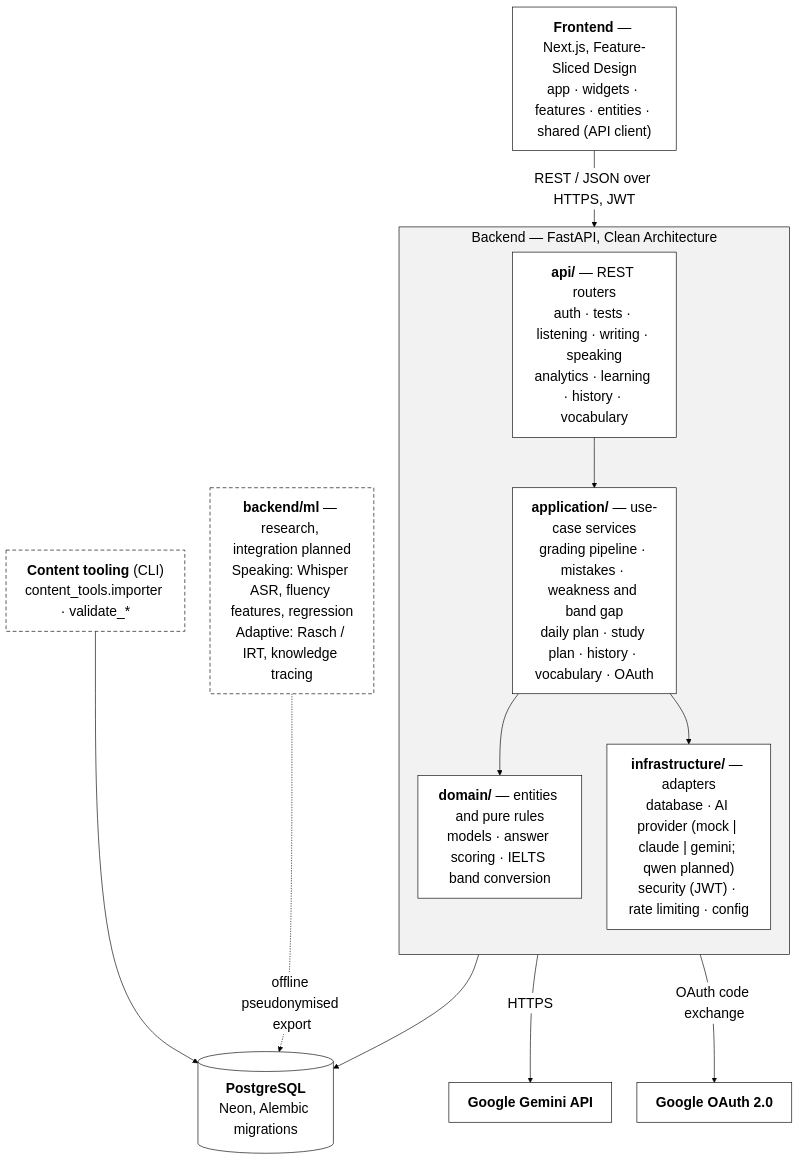
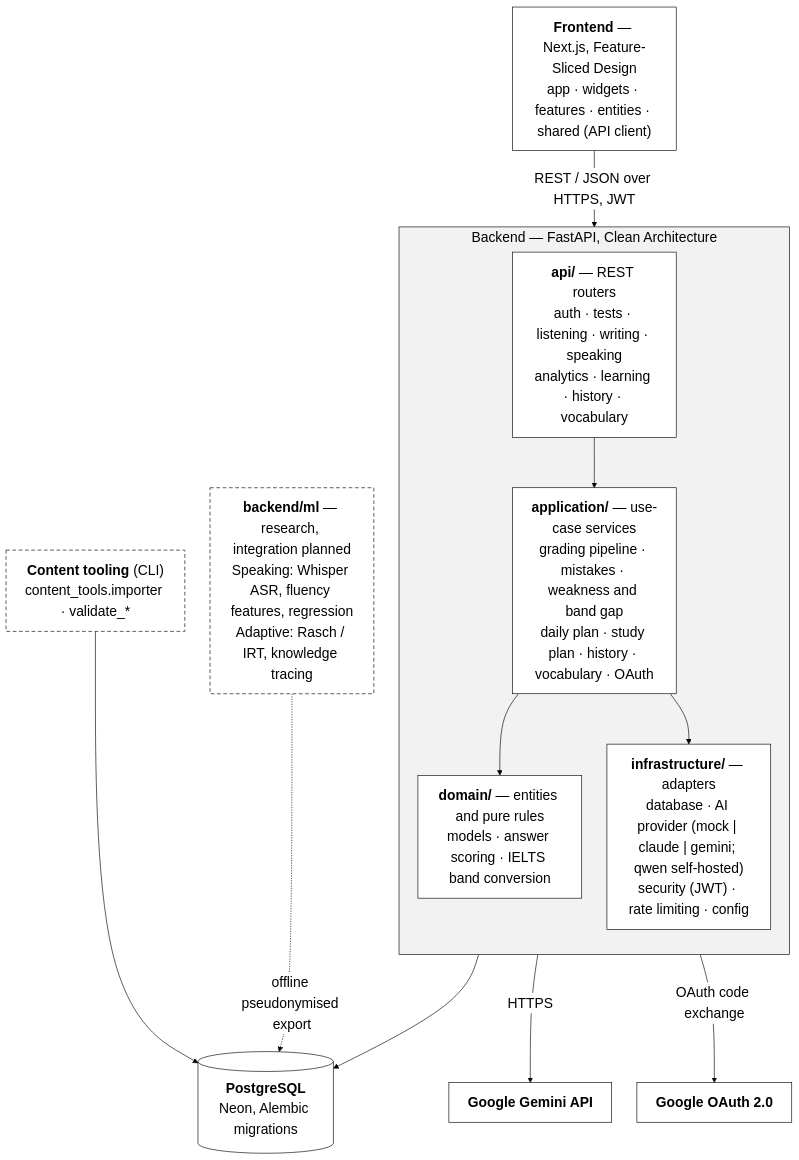
The diagram in docs/diagrams/component.mmd (RakhatBalga/Testora), drawn with Mermaid before and after one commit. The commit also changed 10 other files, not shown here.

First line of the commit message:
docs: describe the implemented Qwen provider and FR-6 snippet check, refresh counts

```diff
--- a/docs/diagrams/component.mmd
+++ b/docs/diagrams/component.mmd
@@ -1,34 +1,34 @@
 %% Testora: Component diagram (draft)
 %% Names verified against frontend/src and backend/app in RakhatBalga/Testora@main.
 %% Arrows = "depends on / calls". Dependencies point inward (api -> application -> domain);
 %% infrastructure implements the adapters. Full module lists: docs/07-architecture.md, section 7.4.
 %%{init: {"theme": "base", "themeVariables": {"fontSize": "22px", "fontFamily": "Times New Roman, serif", "primaryColor": "#ffffff", "primaryBorderColor": "#000000", "primaryTextColor": "#000000", "lineColor": "#000000", "clusterBkg": "#f2f2f2", "clusterBorder": "#000000"}, "flowchart": {"nodeSpacing": 40, "rankSpacing": 55}}}%%
 flowchart TB
     FE["<b>Frontend</b> — Next.js, Feature-Sliced Design<br/>app · widgets · features · entities · shared (API client)"]
 
     subgraph BE["Backend — FastAPI, Clean Architecture"]
         direction TB
         API["<b>api/</b> — REST routers<br/>auth · tests · listening · writing · speaking<br/>analytics · learning · history · vocabulary"]
         APP["<b>application/</b> — use-case services<br/>grading pipeline · mistakes · weakness and band gap<br/>daily plan · study plan · history · vocabulary · OAuth"]
         DOM["<b>domain/</b> — entities and pure rules<br/>models · answer scoring · IELTS band conversion"]
-        INF["<b>infrastructure/</b> — adapters<br/>database · AI provider (mock | claude | gemini; qwen planned)<br/>security (JWT) · rate limiting · config"]
+        INF["<b>infrastructure/</b> — adapters<br/>database · AI provider (mock | claude | gemini; qwen self-hosted)<br/>security (JWT) · rate limiting · config"]
         API --> APP --> DOM
         APP --> INF
     end
 
     ML["<b>backend/ml</b> — research, integration planned<br/>Speaking: Whisper ASR, fluency features, regression<br/>Adaptive: Rasch / IRT, knowledge tracing"]
     CLI["<b>Content tooling</b> (CLI)<br/>content_tools.importer · validate_*"]
 
     PG[("<b>PostgreSQL</b><br/>Neon, Alembic migrations")]
     GEM["<b>Google Gemini API</b>"]
     GOO["<b>Google OAuth 2.0</b>"]
 
     FE -- "REST / JSON over HTTPS, JWT" --> API
     INF --> PG
     INF -- "HTTPS" --> GEM
     API -- "OAuth code exchange" --> GOO
     CLI --> PG
     ML -. "offline pseudonymised export" .-> PG
 
     classDef dashed stroke-dasharray: 6 4
     class ML,CLI dashed
```
